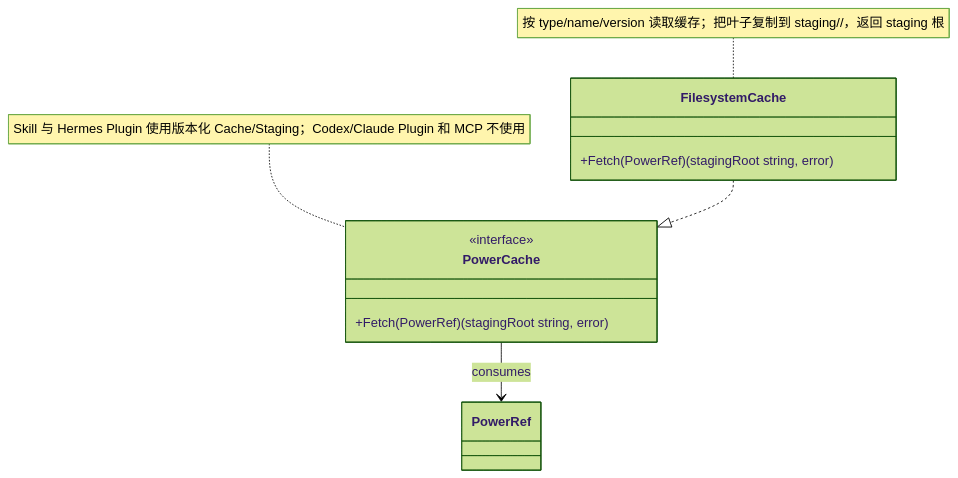
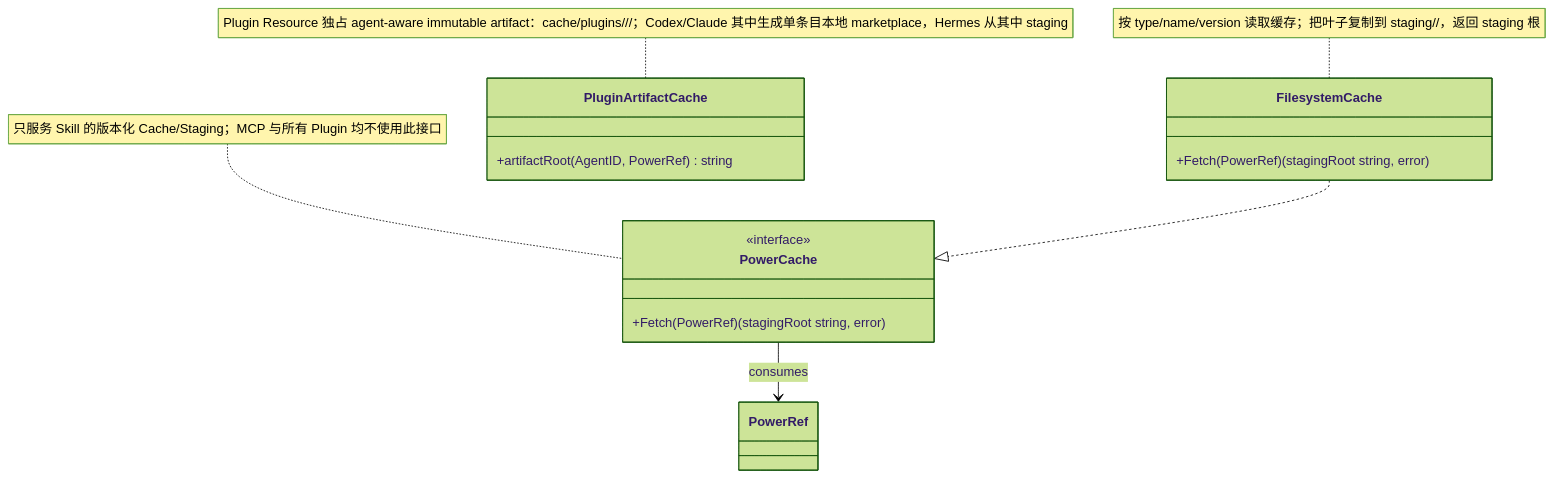
One commit to spacemit-com/agent-power-manager changed the diagram in ivory-tower/c4/components/apm-cli-diagrams/cache-manager.mmd. Above: the diagram before and after it, drawn with Mermaid (forest theme). The commit also changed 12 other files, not shown here.

Commit message:
docs(plugin): document local marketplace artifacts

```diff
--- a/ivory-tower/c4/components/apm-cli-diagrams/cache-manager.mmd
+++ b/ivory-tower/c4/components/apm-cli-diagrams/cache-manager.mmd
@@ -1,14 +1,19 @@
 classDiagram
-    note for PowerCache "Skill 与 Hermes Plugin 使用版本化 Cache/Staging；Codex/Claude Plugin 和 MCP 不使用"
+    note for PowerCache "只服务 Skill 的版本化 Cache/Staging；MCP 与所有 Plugin 均不使用此接口"
     class PowerCache {
         <<interface>>
         +Fetch(PowerRef) (stagingRoot string, error)
     }
 
     note for FilesystemCache "按 type/name/version 读取缓存；把叶子复制到 staging/<type-directory>/<name>，返回 staging 根"
     class FilesystemCache {
         +Fetch(PowerRef) (stagingRoot string, error)
     }
 
     FilesystemCache ..|> PowerCache
     PowerCache --> PowerRef : consumes
+
+    note for PluginArtifactCache "Plugin Resource 独占 agent-aware immutable artifact：cache/plugins/<agent>/<logical-name>/<version>；Codex/Claude 其中生成单条目本地 marketplace，Hermes 从其中 staging"
+    class PluginArtifactCache {
+        +artifactRoot(AgentID, PowerRef) string
+    }
```
